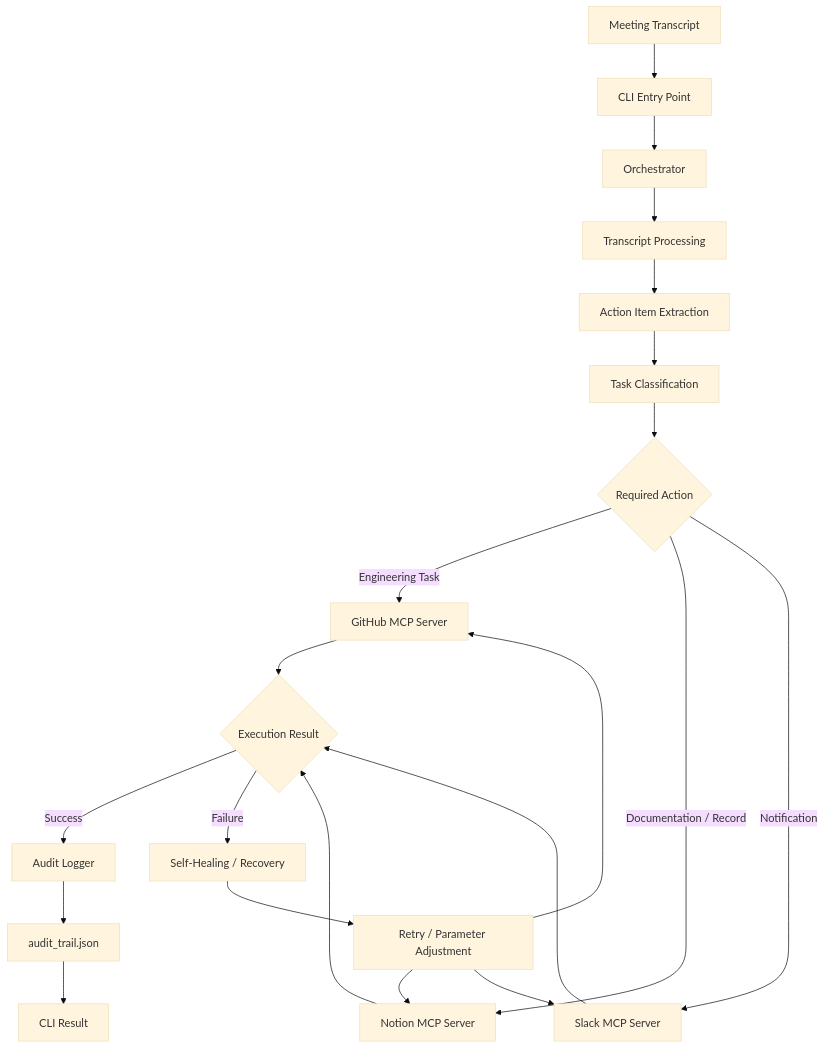
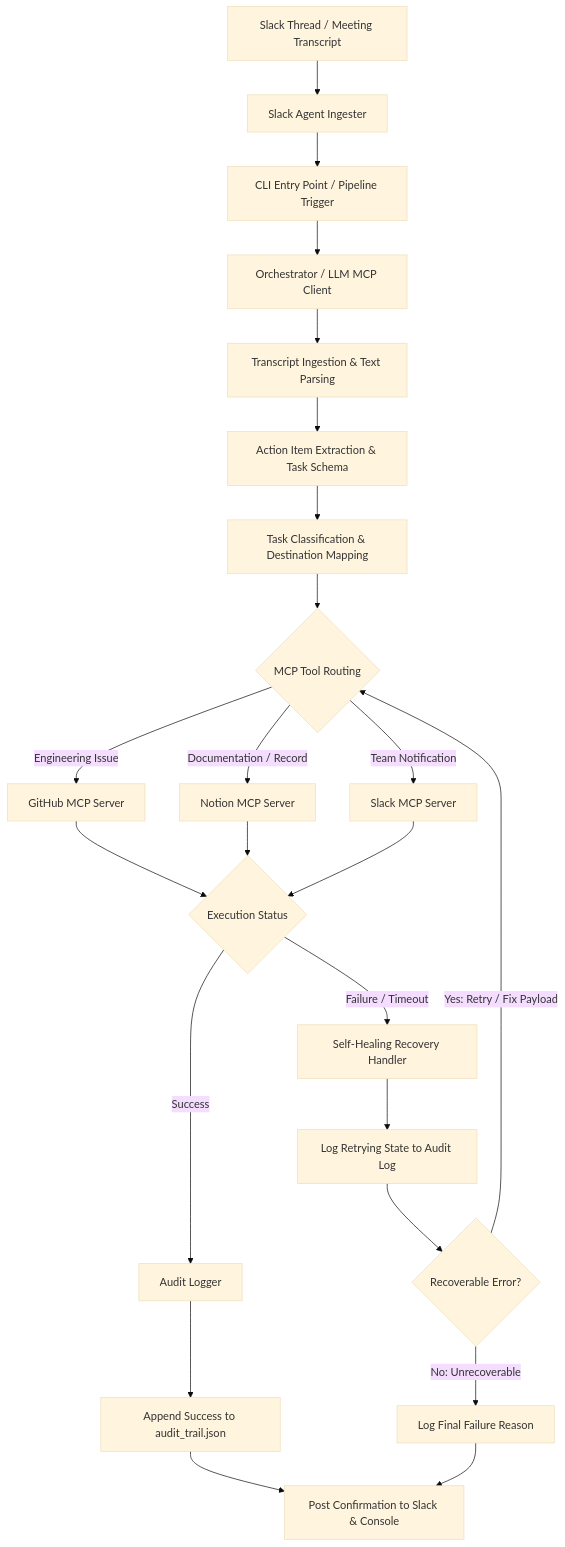
One commit to HealthStack103/AI_Agent changed the first of 3 diagrams in Readme.md. Above: the diagram before and after it, drawn with Mermaid (base theme).

Commit message:
readme updated

````diff
--- a/Readme.md
+++ b/Readme.md
@@ -139,39 +139,38 @@
 ```mermaid
 flowchart TD
+    %% Input Ingestion
+    A[Slack Thread / Meeting Transcript] --> B[Slack Agent Ingester]
+    B --> C[CLI Entry Point / Pipeline Trigger]
 
-    A[Meeting Transcript] --> B[CLI Entry Point]
+    %% Orchestration & Reasoning
+    C --> D[Orchestrator / LLM MCP Client]
+    D --> E[Transcript Ingestion & Text Parsing]
+    E --> F[Action Item Extraction & Task Schema]
+    F --> G[Task Classification & Destination Mapping]
 
-    B --> C[Orchestrator]
+    %% MCP Protocol Layer
+    G --> H{MCP Tool Routing}
+    H -->|Engineering Issue| I[GitHub MCP Server]
+    H -->|Documentation / Record| J[Notion MCP Server]
+    H -->|Team Notification| K[Slack MCP Server]
 
-    C --> D[Transcript Processing]
+    %% Tool Execution & Evaluation
+    I --> L{Execution Status}
+    J --> L
+    K --> L
 
-    D --> E[Action Item Extraction]
+    %% Success Path
+    L -->|Success| M[Audit Logger]
+    M --> N[Append Success to audit_trail.json]
 
-    E --> F[Task Classification]
+    %% Failure & Self-Healing Path
+    L -->|Failure / Timeout| O[Self-Healing Recovery Handler]
+    O --> P[Log Retrying State to Audit Log]
+    P --> Q{Recoverable Error?}
+    Q -->|Yes: Retry / Fix Payload| H
+    Q -->|No: Unrecoverable| R[Log Final Failure Reason]
 
-    F --> G{Required Action}
-
-    G -->|Engineering Task| H[GitHub MCP Server]
-
-    G -->|Documentation / Record| I[Notion MCP Server]
-
-    G -->|Notification| J[Slack MCP Server]
-
-    H --> K{Execution Result}
-    I --> K
-    J --> K
-
-    K -->|Success| L[Audit Logger]
-
-    K -->|Failure| M[Self-Healing / Recovery]
-
-    M --> N[Retry / Parameter Adjustment]
-
-    N --> H
-    N --> I
-    N --> J
-
-    L --> O[audit_trail.json]
-
-    O --> P[CLI Result]
+    %% Output Surface
+    N --> S[Post Confirmation to Slack & Console]
+    R --> S
 ```
````
